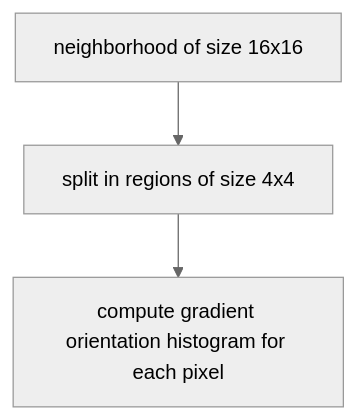
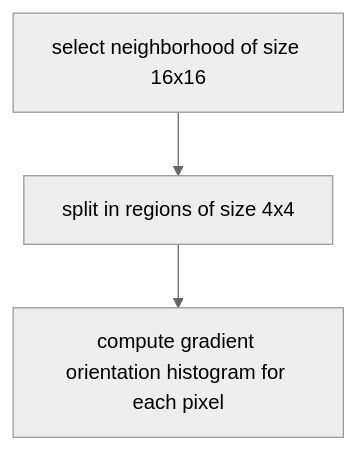
One commit to carnivuth/computer_vision changed the diagram in pages/local_features/SIFT_DESCRIPTOR.md. Above: the diagram before and after it, drawn with Mermaid (neutral theme). The commit also changed 6 other files, not shown here.

````diff
--- a/pages/local_features/SIFT_DESCRIPTOR.md
+++ b/pages/local_features/SIFT_DESCRIPTOR.md
@@ -12,8 +12,7 @@
 ```mermaid
 flowchart TD
-A[neighborhood of size 16x16]
+A[select neighborhood of size 16x16]
 B[split in regions of size 4x4]
 C[compute gradient orientation histogram for each pixel]
-A --> B
-B --> C
+A --> B --> C
 ```
````
